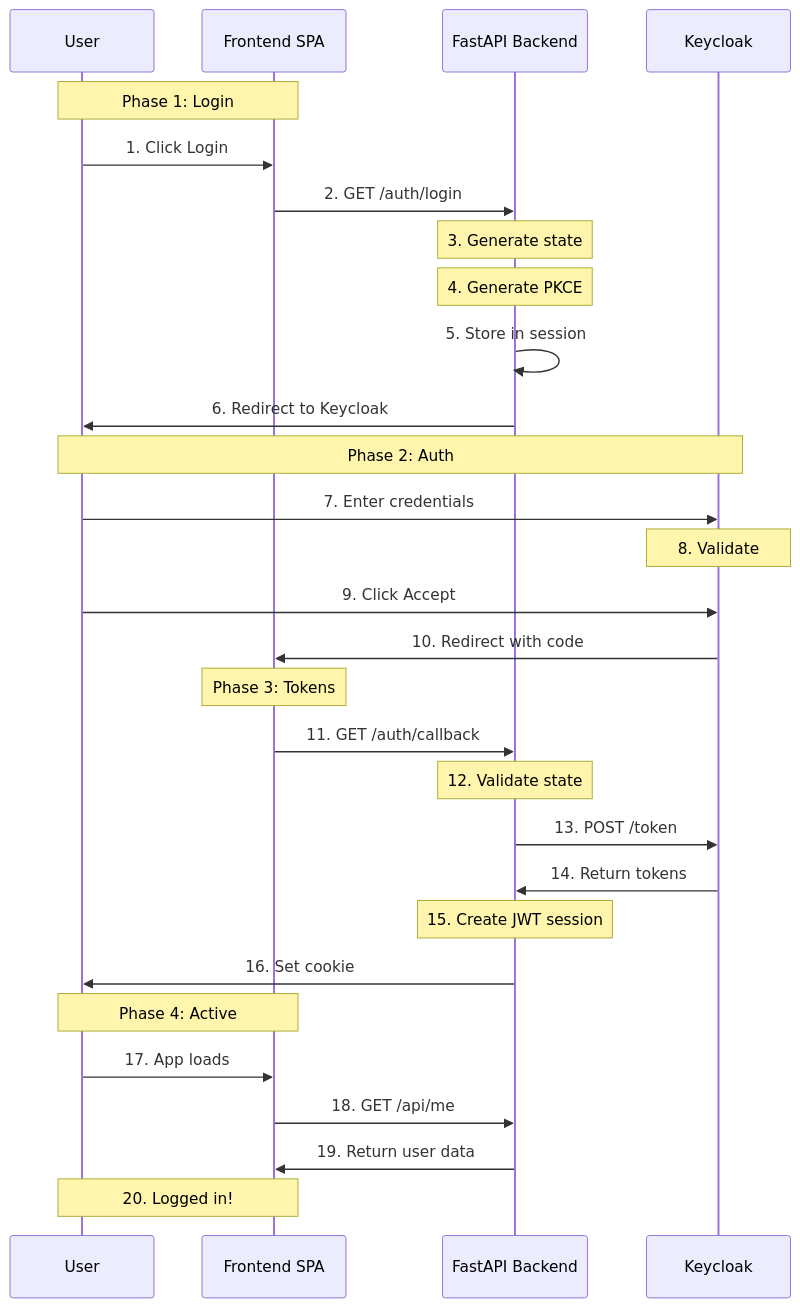
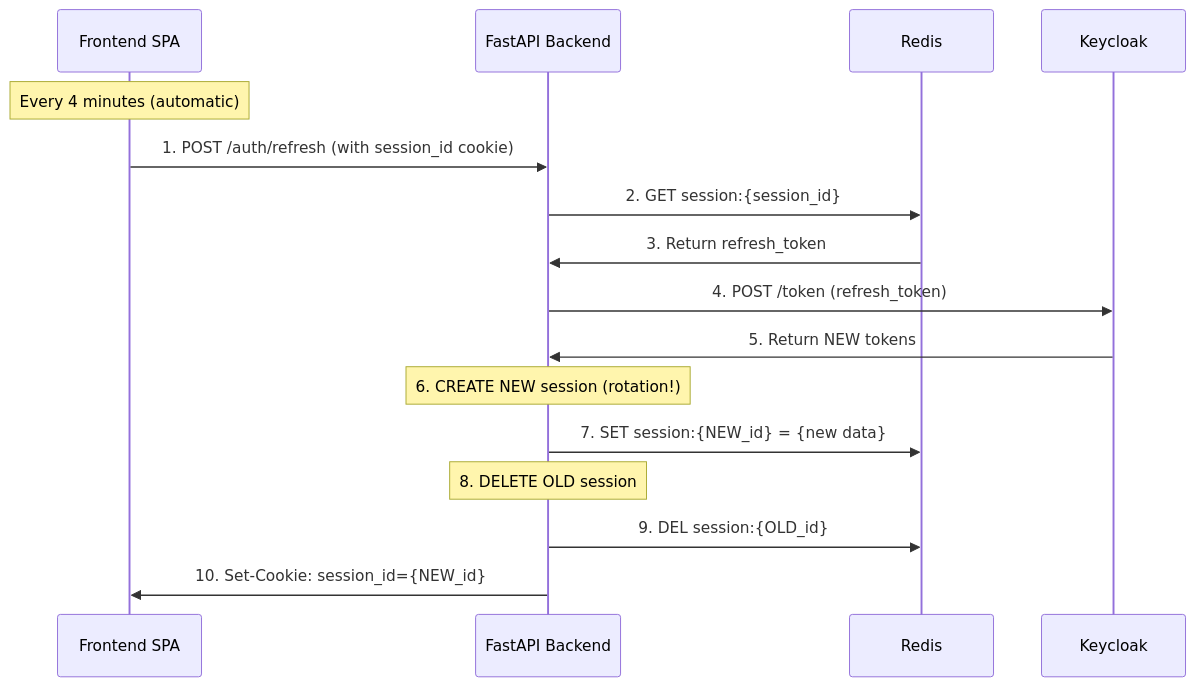
Before and after one commit to manishk-variyas/oauth2.0POC: the second of 4 diagrams in docs/auth-flow.md, drawn with Mermaid. The commit also changed other lines of this file and 7 other files, not shown here.

Commit message:
added redis based session management

````diff
--- a/docs/auth-flow.md
+++ b/docs/auth-flow.md
@@ -606,39 +489,24 @@
 ```mermaid
 sequenceDiagram
-    participant User as User
     participant Frontend as Frontend SPA
     participant Backend as FastAPI Backend
+    participant Redis as Redis
     participant Keycloak as Keycloak
 
-    %% Phase 1: Login starts
-    Note over User,Frontend: Phase 1: Login
-    User->>Frontend: 1. Click Login
-    Frontend->>Backend: 2. GET /auth/login
-    Note over Backend: 3. Generate state
-    Note over Backend: 4. Generate PKCE
-    Backend->>Backend: 5. Store in session
-    Backend->>User: 6. Redirect to Keycloak
-
-    %% Phase 2: User authenticates
-    Note over User,Keycloak: Phase 2: Auth
-    User->>Keycloak: 7. Enter credentials
-    Note over Keycloak: 8. Validate
-    User->>Keycloak: 9. Click Accept
-    Keycloak->>Frontend: 10. Redirect with code
-
-    %% Phase 3: Token exchange
-    Note over Frontend: Phase 3: Tokens
-    Frontend->>Backend: 11. GET /auth/callback
-    Note over Backend: 12. Validate state
-    Backend->>Keycloak: 13. POST /token
-    Keycloak->>Backend: 14. Return tokens
-    Note over Backend: 15. Create JWT session
-    Backend->>User: 16. Set cookie
-
-    %% Phase 4: Active session
-    Note over User,Frontend: Phase 4: Active
-    User->>Frontend: 17. App loads
-    Frontend->>Backend: 18. GET /api/me
-    Backend->>Frontend: 19. Return user data
-    Note over User,Frontend: 20. Logged in!
+    Note over Frontend: Every 4 minutes (automatic)
+    Frontend->>Backend: 1. POST /auth/refresh (with session_id cookie)
+    
+    Backend->>Redis: 2. GET session:{session_id}
+    Redis->>Backend: 3. Return refresh_token
+    
+    Backend->>Keycloak: 4. POST /token (refresh_token)
+    Keycloak->>Backend: 5. Return NEW tokens
+    
+    Note over Backend: 6. CREATE NEW session (rotation!)
+    Backend->>Redis: 7. SET session:{NEW_id} = {new data}
+    
+    Note over Backend: 8. DELETE OLD session
+    Backend->>Redis: 9. DEL session:{OLD_id}
+    
+    Backend->>Frontend: 10. Set-Cookie: session_id={NEW_id}
 ```
````
